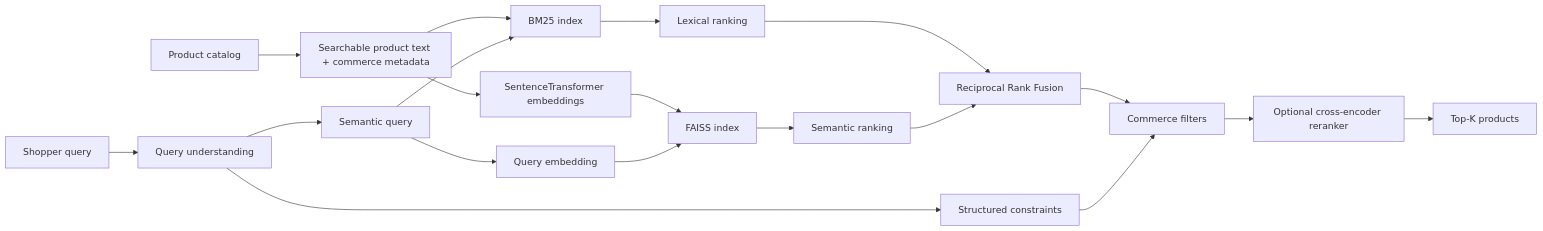
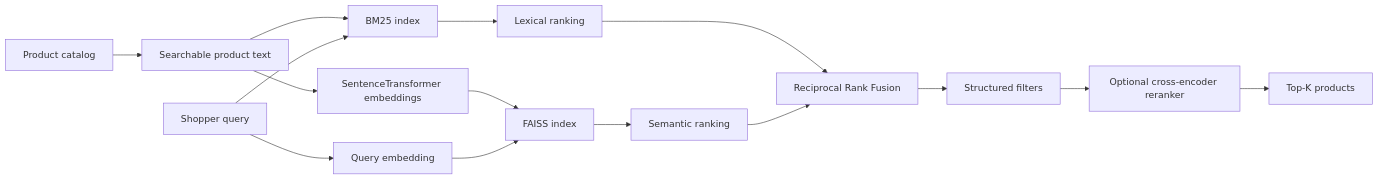
Before and after one commit to shruthiamruthnath/mytestapp: the diagram in README.md, drawn with Mermaid. The commit also changed other lines of this file, not shown here.

````diff
--- a/README.md
+++ b/README.md
@@ -28,21 +21,17 @@
 ```mermaid
 flowchart LR
-    C[Product catalog] --> T[Searchable product text + commerce metadata]
-    Q[Shopper query] --> U[Query understanding]
-    U --> SQ[Semantic query]
-    U --> CF[Structured constraints]
+    C[Product catalog] --> T[Searchable product text]
     T --> B[BM25 index]
     T --> E[SentenceTransformer embeddings]
     E --> F[FAISS index]
-    SQ --> B
-    SQ --> QE[Query embedding]
+    Q[Shopper query] --> B
+    Q --> QE[Query embedding]
     QE --> F
     B --> BR[Lexical ranking]
     F --> SR[Semantic ranking]
     BR --> RRF[Reciprocal Rank Fusion]
     SR --> RRF
-    RRF --> FL[Commerce filters]
-    CF --> FL
+    RRF --> FL[Structured filters]
     FL --> RR[Optional cross-encoder reranker]
     RR --> K[Top-K products]
 ```
````
